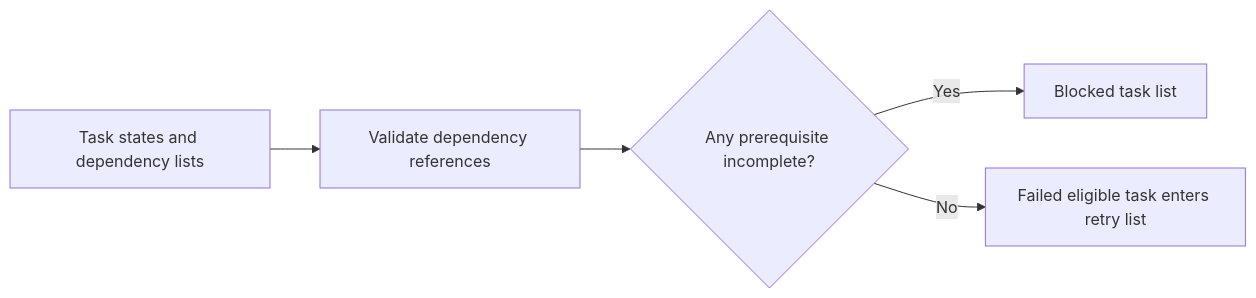
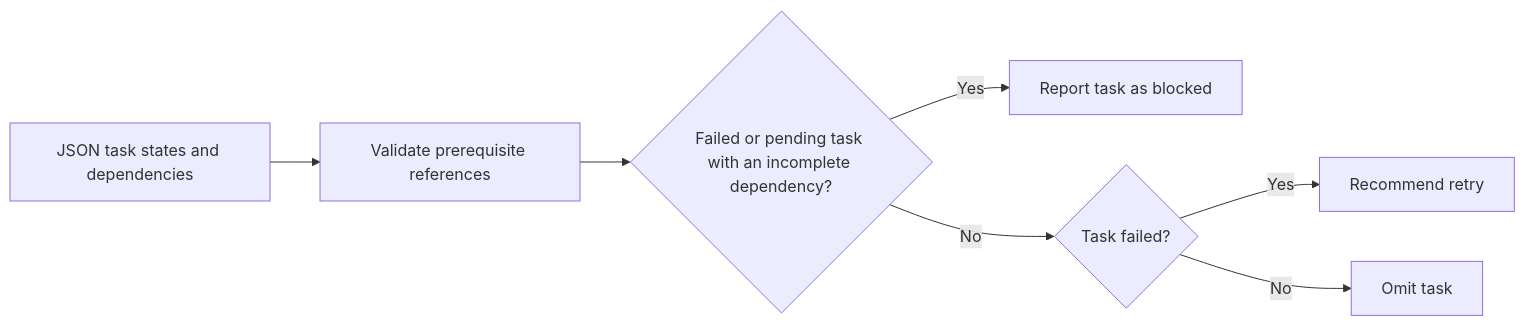
One commit to Klokesh493/adb-pipeline-agent changed the diagram in README.md. Above: the diagram before and after it, drawn with Mermaid. The commit also changed other lines of this file, not shown here.

````diff
--- a/README.md
+++ b/README.md
@@ -21,11 +11,9 @@
 ```mermaid
 flowchart LR
-    A["Task states and dependency lists"]
-    B["Validate dependency references"]
-    C{"Any prerequisite incomplete?"}
-    D["Blocked task list"]
-    E["Failed eligible task enters retry list"]
-    A --> B --> C
-    C -->|Yes| D
-    C -->|No| E
+    A["JSON task states and dependencies"] --> B["Validate prerequisite references"]
+    B --> C{"Failed or pending task with an incomplete dependency?"}
+    C -->|Yes| D["Report task as blocked"]
+    C -->|No| E{"Task failed?"}
+    E -->|Yes| F["Recommend retry"]
+    E -->|No| G["Omit task"]
 ```
````
